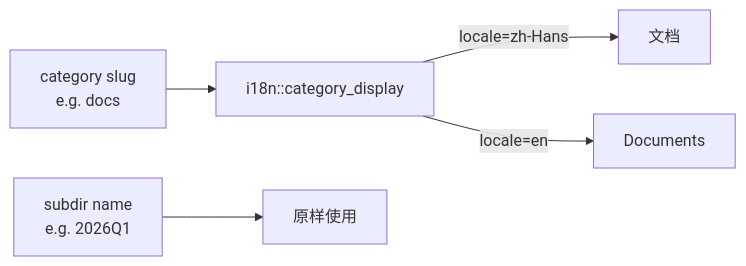
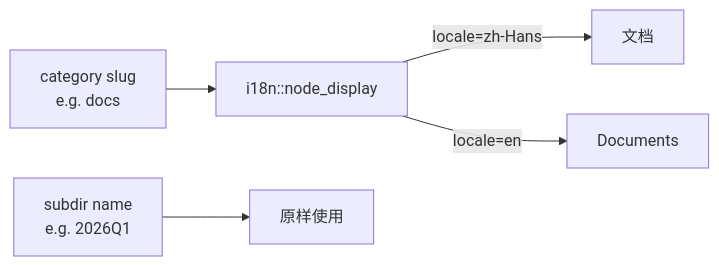
One commit to AreaSong/AreaMatrix changed the second of 2 diagrams in docs/modules/tree-scan.md. Above: the diagram before and after it, drawn with Mermaid. The commit also changed other lines of this file and 27 other files, not shown here.

````diff
--- a/docs/modules/tree-scan.md
+++ b/docs/modules/tree-scan.md
@@ -386,11 +384,11 @@
 ```mermaid
 flowchart LR
     Slug[category slug<br/>e.g. docs]
     Subdir[subdir name<br/>e.g. 2026Q1]
 
-    Slug --> CatLookup[i18n::category_display]
+    Slug --> CatLookup[i18n::node_display]
     CatLookup -->|"locale=zh-Hans"| ZhCat[文档]
     CatLookup -->|"locale=en"| EnCat[Documents]
 
     Subdir --> Asis[原样使用]
 ```
````
